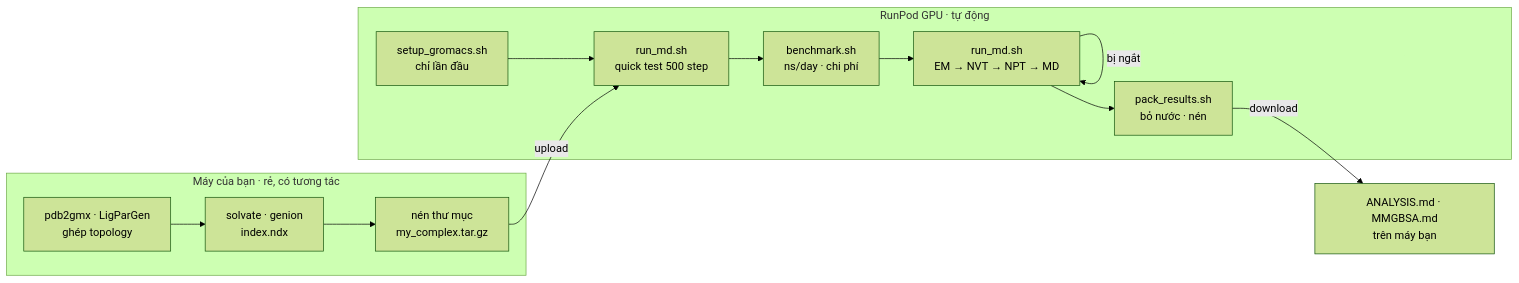
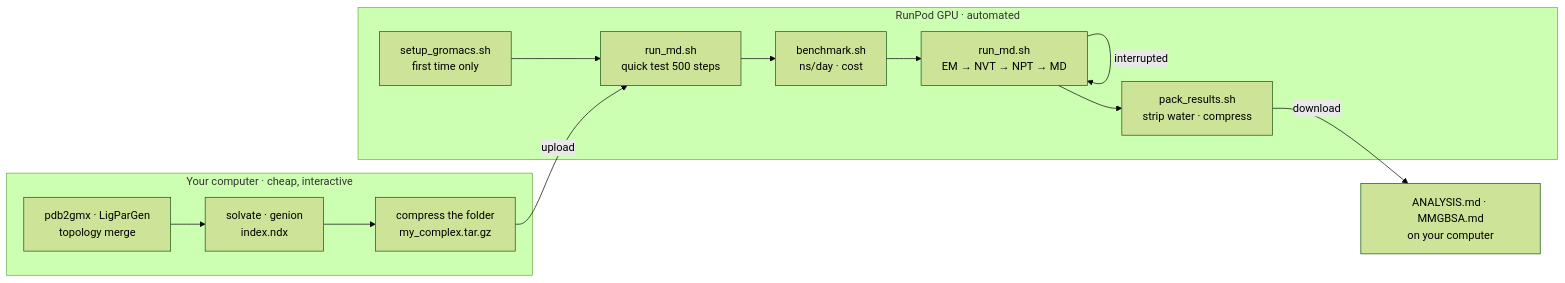
One commit to 129namworkkk/gromacs-md-protocols changed the diagram in runpod/README.md. Above: the diagram before and after it, drawn with Mermaid (forest theme). The commit also changed other lines of this file and 12 other files, not shown here.

````diff
--- a/runpod/README.md
+++ b/runpod/README.md
@@ -7,16 +7,16 @@
 ```mermaid
 flowchart LR
-    subgraph LOCAL [Máy của bạn · rẻ, có tương tác]
-      A[pdb2gmx · LigParGen<br/>ghép topology] --> B[solvate · genion<br/>index.ndx]
-      B --> C[nén thư mục<br/>my_complex.tar.gz]
+    subgraph LOCAL [Your computer · cheap, interactive]
+      A[pdb2gmx · LigParGen<br/>topology merge] --> B[solvate · genion<br/>index.ndx]
+      B --> C[compress the folder<br/>my_complex.tar.gz]
     end
-    subgraph POD [RunPod GPU · tự động]
-      D[setup_gromacs.sh<br/>chỉ lần đầu] --> E[run_md.sh<br/>quick test 500 step]
-      E --> F[benchmark.sh<br/>ns/day · chi phí]
+    subgraph POD [RunPod GPU · automated]
+      D[setup_gromacs.sh<br/>first time only] --> E[run_md.sh<br/>quick test 500 steps]
+      E --> F[benchmark.sh<br/>ns/day · cost]
       F --> G[run_md.sh<br/>EM → NVT → NPT → MD]
-      G -->|bị ngắt| G
-      G --> H[pack_results.sh<br/>bỏ nước · nén]
+      G -->|interrupted| G
+      G --> H[pack_results.sh<br/>strip water · compress]
     end
     C -->|upload| E
-    H -->|download| I[ANALYSIS.md · MMGBSA.md<br/>trên máy bạn]
+    H -->|download| I[ANALYSIS.md · MMGBSA.md<br/>on your computer]
 ```
````
